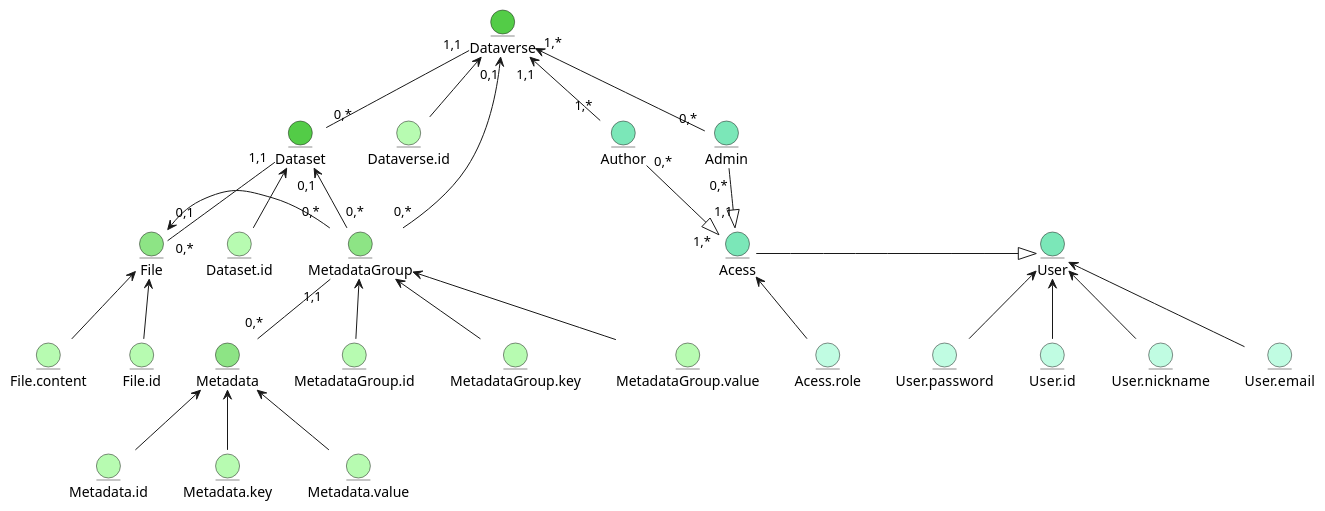
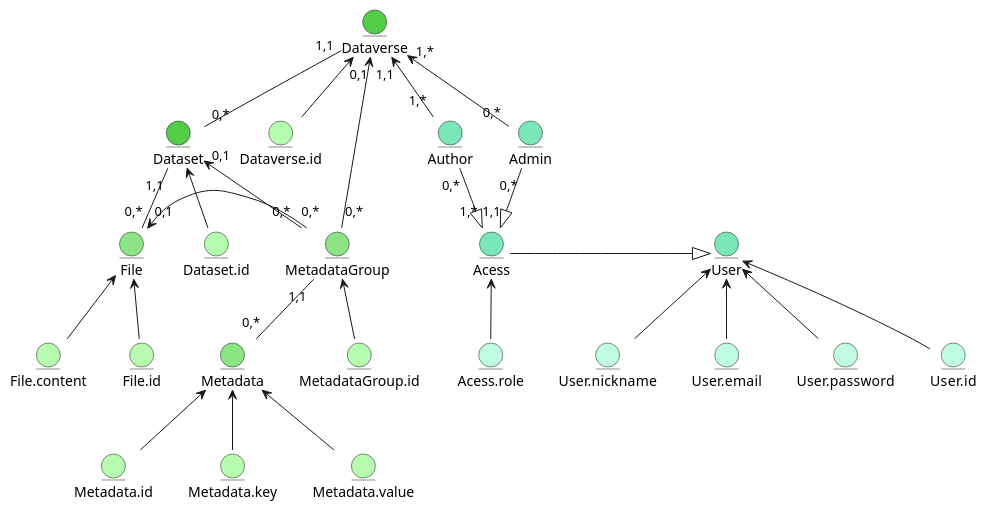
The diagram in src/uml/ER_1.puml (boldak/database_basics_template), drawn with PlantUML before and after one commit.

```diff
--- a/src/uml/ER_1.puml
+++ b/src/uml/ER_1.puml
@@ -1,67 +1,63 @@
 @startuml
 entity Dataverse #53CC47
 entity Dataverse.id #B7FBB1
 
 entity Dataset #53CC47
 entity Dataset.id #B7FBB1
 
 entity File #8DE485
 entity File.id #B7FBB1
 entity File.content #B7FBB1
 
 entity MetadataGroup #8DE485
 entity MetadataGroup.id #B7FBB1
-entity MetadataGroup.key #B7FBB1
-entity MetadataGroup.value #B7FBB1
 
 entity Metadata #8DE485
 entity Metadata.id #B7FBB1
 entity Metadata.key #B7FBB1
 entity Metadata.value #B7FBB1
 
 entity Admin #7BE7B8
 entity Author #7BE7B8
 
 entity User #7BE7B8
 entity User.id #C0FCE2
 entity User.nickname #C0FCE2
 entity User.email #C0FCE2
 entity User.password #C0FCE2
 
 entity Acess #7BE7B8
 entity Acess.role #C0FCE2
 
 Dataverse <-- Dataverse.id
 Dataverse "1,*"<--"0,*" Admin
 Dataverse "1,1"<--"1,*" Author
 Dataverse "1,1"--"0,*" Dataset
 
 
 MetadataGroup <-- MetadataGroup.id
-MetadataGroup <-- MetadataGroup.key
-MetadataGroup <-- MetadataGroup.value
 
 MetadataGroup "0,*"-l->"0,1" File
 MetadataGroup "0,*"-r->"0,1" Dataverse
 MetadataGroup "0,*"-->"0,1" Dataset
 MetadataGroup "1,1"--"0,*" Metadata
 
 Metadata <-- Metadata.id
 Metadata <-- Metadata.key
 Metadata <-- Metadata.value
 
 File <-- File.id
 File <-- File.content
 
 Dataset <-- Dataset.id
 Dataset "1,1"--"0,*" File
 
 Author "0,*"--|>"1,*" Acess
 Admin "0,*"--|>"1,1" Acess
 User <|-l- Acess
 Acess <-- Acess.role
 User <-- User.id
 User <-- User.nickname
 User <-- User.email
 User <-- User.password
 @enduml
```
